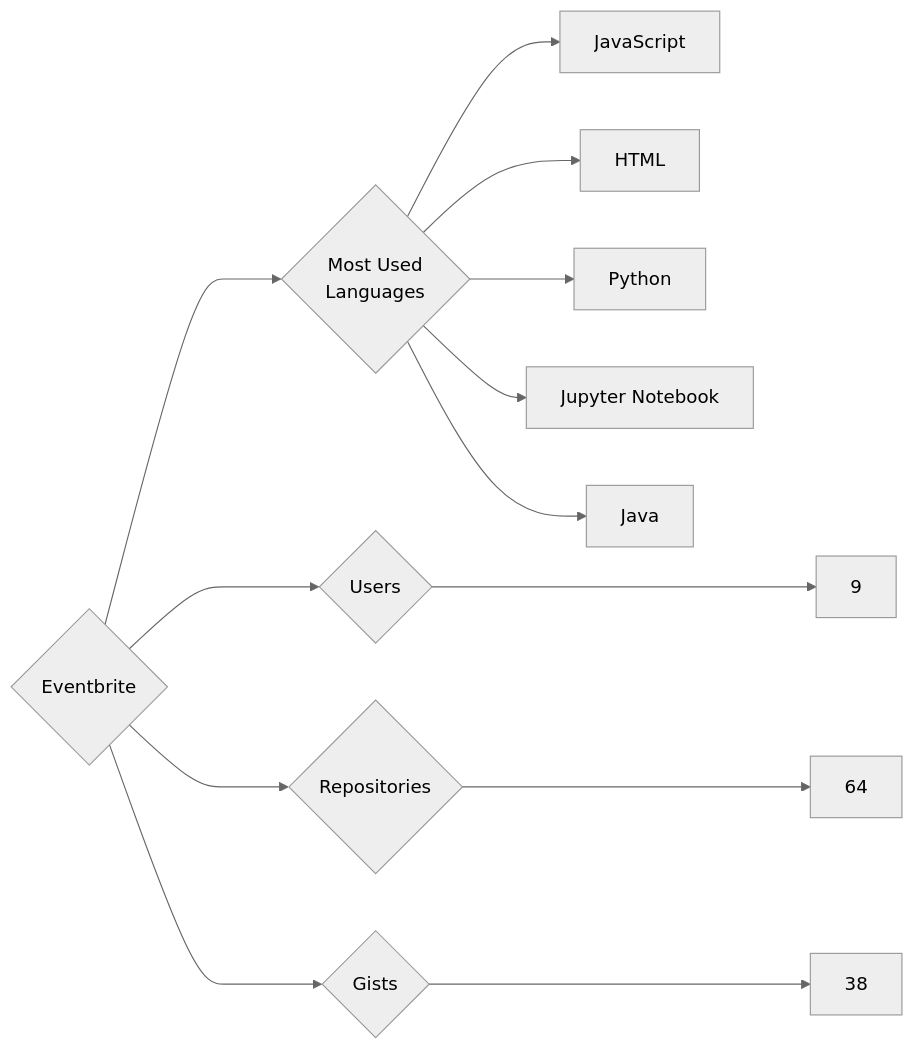
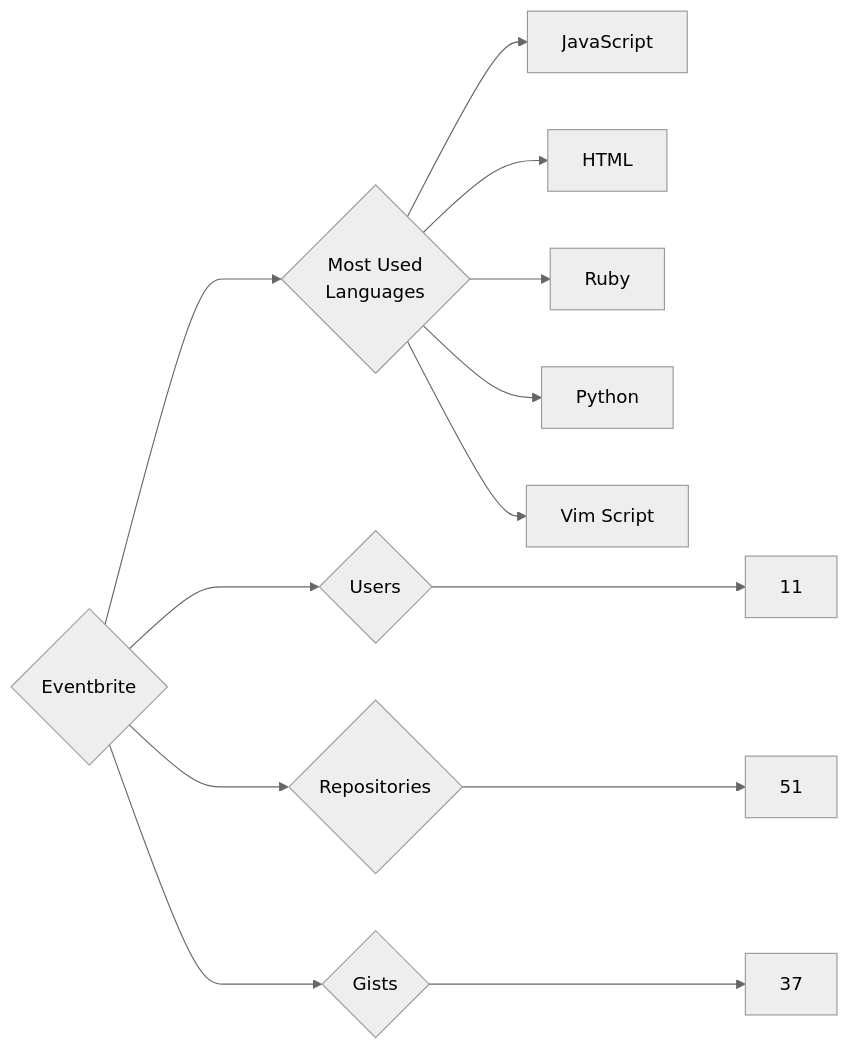
The diagram in targets/Eventbrite/README.md (trickest/insiders), drawn with Mermaid (neutral theme) before and after one commit. The commit also changed 1238 other files, not shown here.

````diff
--- a/targets/Eventbrite/README.md
+++ b/targets/Eventbrite/README.md
@@ -3,13 +3,13 @@
 ```mermaid
 graph LR
 COMPANY_NAME{Eventbrite}
-COMPANY_NAME ---> U{Users} ---> UN[9]
-COMPANY_NAME ---> R{Repositories} ---> RN[64]
-COMPANY_NAME ---> G{Gists} ---> GN[38]
+COMPANY_NAME ---> U{Users} ---> UN[11]
+COMPANY_NAME ---> R{Repositories} ---> RN[51]
+COMPANY_NAME ---> G{Gists} ---> GN[37]
 COMPANY_NAME ---> ML{Most Used<br>Languages}
 ML --> JavaScript[JavaScript]
 ML --> HTML[HTML]
+ML --> Ruby[Ruby]
 ML --> Python[Python]
-ML --> Jupyter_Notebook[Jupyter Notebook]
-ML --> Java[Java]
+ML --> Vim_Script[Vim Script]
 ```
````
